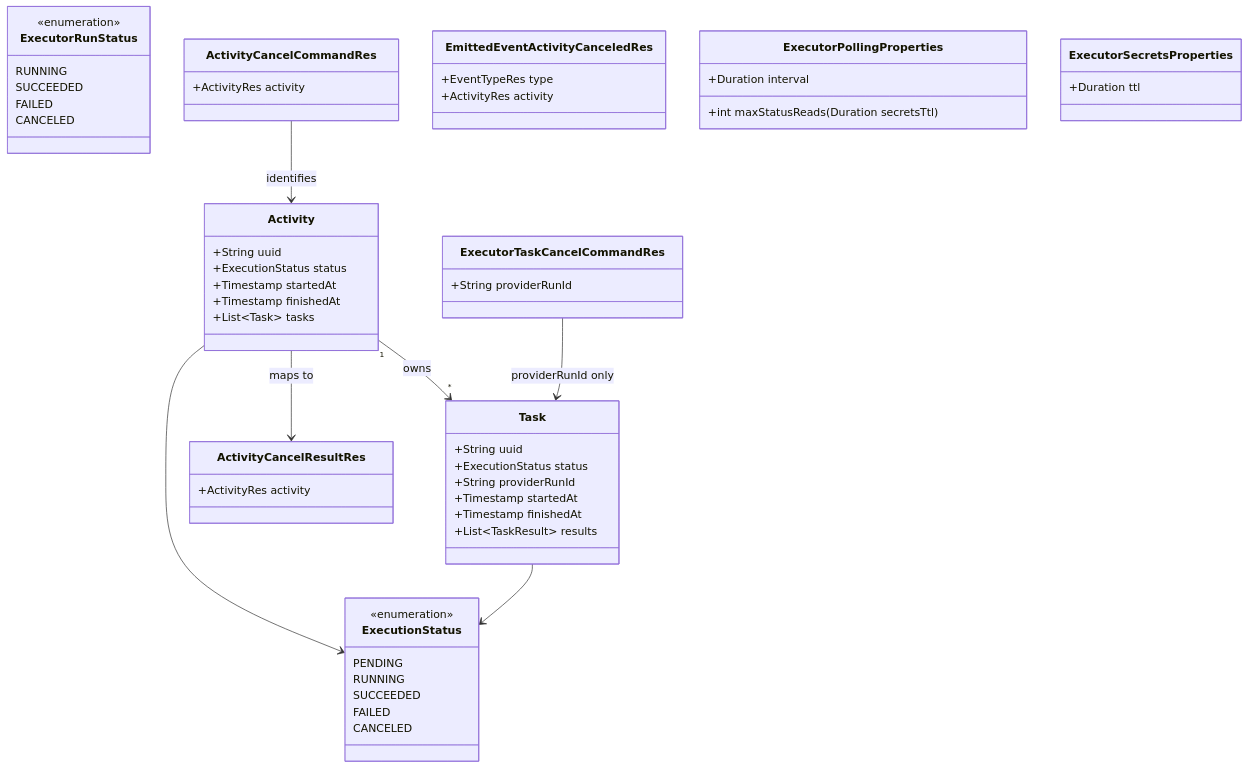
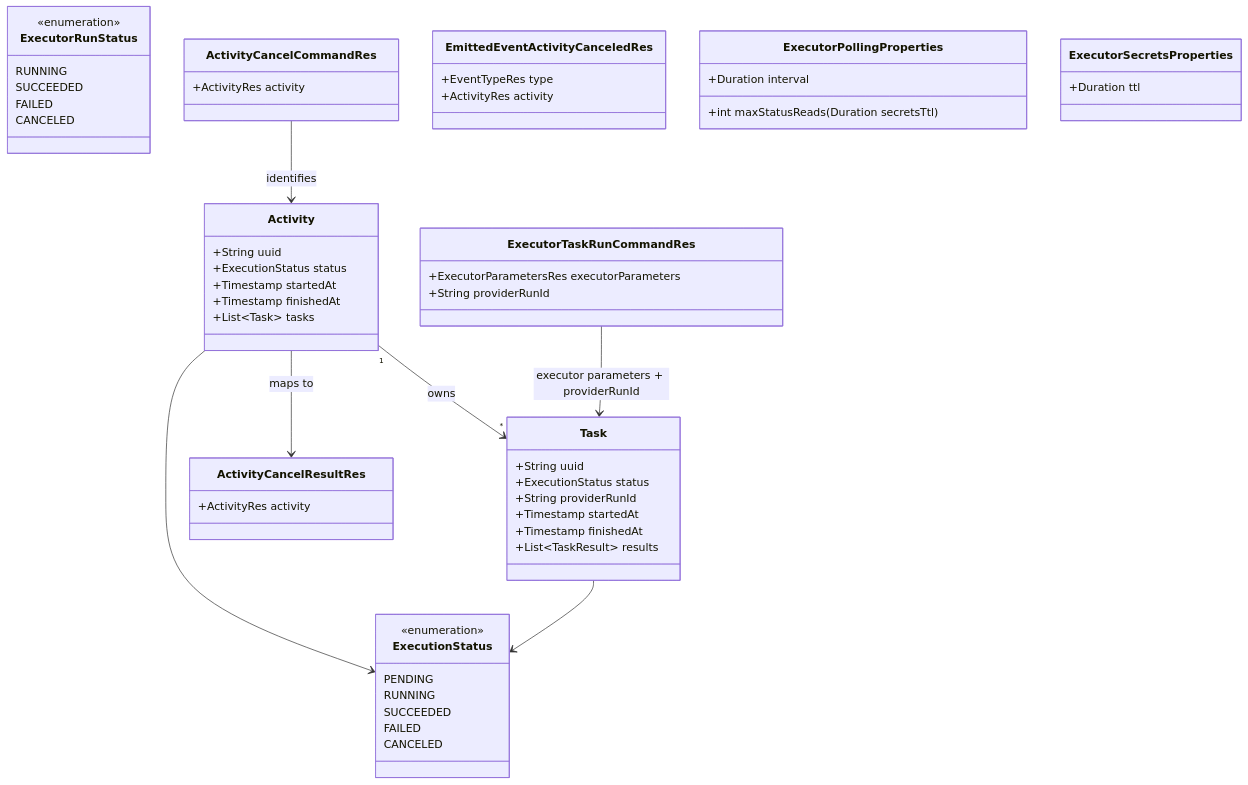
The diagram in spdd/prompt/BDMD-5440-202610021738-[Feat]-service-full-control-cancel-error-paths.md (opendatamesh-initiative/odm-platform-pp-devops-server), drawn with Mermaid before and after one commit. The commit also changed other lines of this file and 16 other files, not shown here.

````diff
--- a/spdd/prompt/BDMD-5440-202610021738-[Feat]-service-full-control-cancel-error-paths.md
+++ b/spdd/prompt/BDMD-5440-202610021738-[Feat]-service-full-control-cancel-error-paths.md
@@ -13,71 +16,72 @@
 ```mermaid
 classDiagram
   direction TB
 
   class Activity {
     +String uuid
     +ExecutionStatus status
     +Timestamp startedAt
     +Timestamp finishedAt
     +List~Task~ tasks
   }
 
   class Task {
     +String uuid
     +ExecutionStatus status
     +String providerRunId
     +Timestamp startedAt
     +Timestamp finishedAt
     +List~TaskResult~ results
   }
 
   class ExecutionStatus {
     <<enumeration>>
     PENDING
     RUNNING
     SUCCEEDED
     FAILED
     CANCELED
   }
 
   class ExecutorRunStatus {
     <<enumeration>>
     RUNNING
     SUCCEEDED
     FAILED
     CANCELED
   }
 
   class ActivityCancelCommandRes {
     +ActivityRes activity
   }
 
   class ActivityCancelResultRes {
     +ActivityRes activity
   }
 
-  class ExecutorTaskCancelCommandRes {
+  class ExecutorTaskRunCommandRes {
+    +ExecutorParametersRes executorParameters
     +String providerRunId
   }
 
   class EmittedEventActivityCanceledRes {
     +EventTypeRes type
     +ActivityRes activity
   }
 
   class ExecutorPollingProperties {
     +Duration interval
     +int maxStatusReads(Duration secretsTtl)
   }
 
   class ExecutorSecretsProperties {
     +Duration ttl
   }
 
   Activity "1" --> "*" Task : owns
   Activity --> ExecutionStatus
   Task --> ExecutionStatus
   ActivityCancelCommandRes --> Activity : identifies
   Activity --> ActivityCancelResultRes : maps to
-  ExecutorTaskCancelCommandRes --> Task : providerRunId only
+  ExecutorTaskRunCommandRes --> Task : executor parameters + providerRunId
 ```
````
